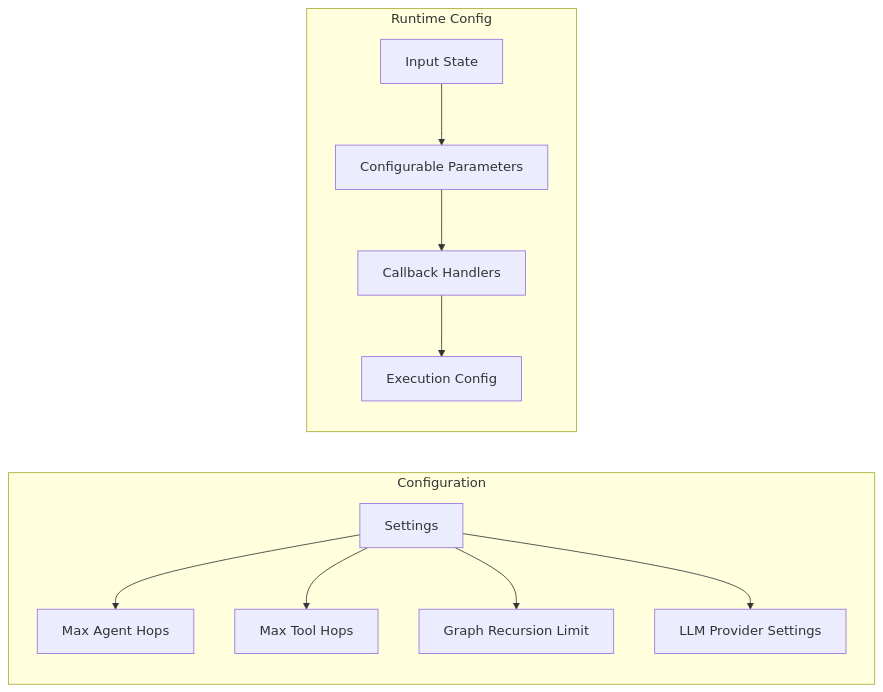
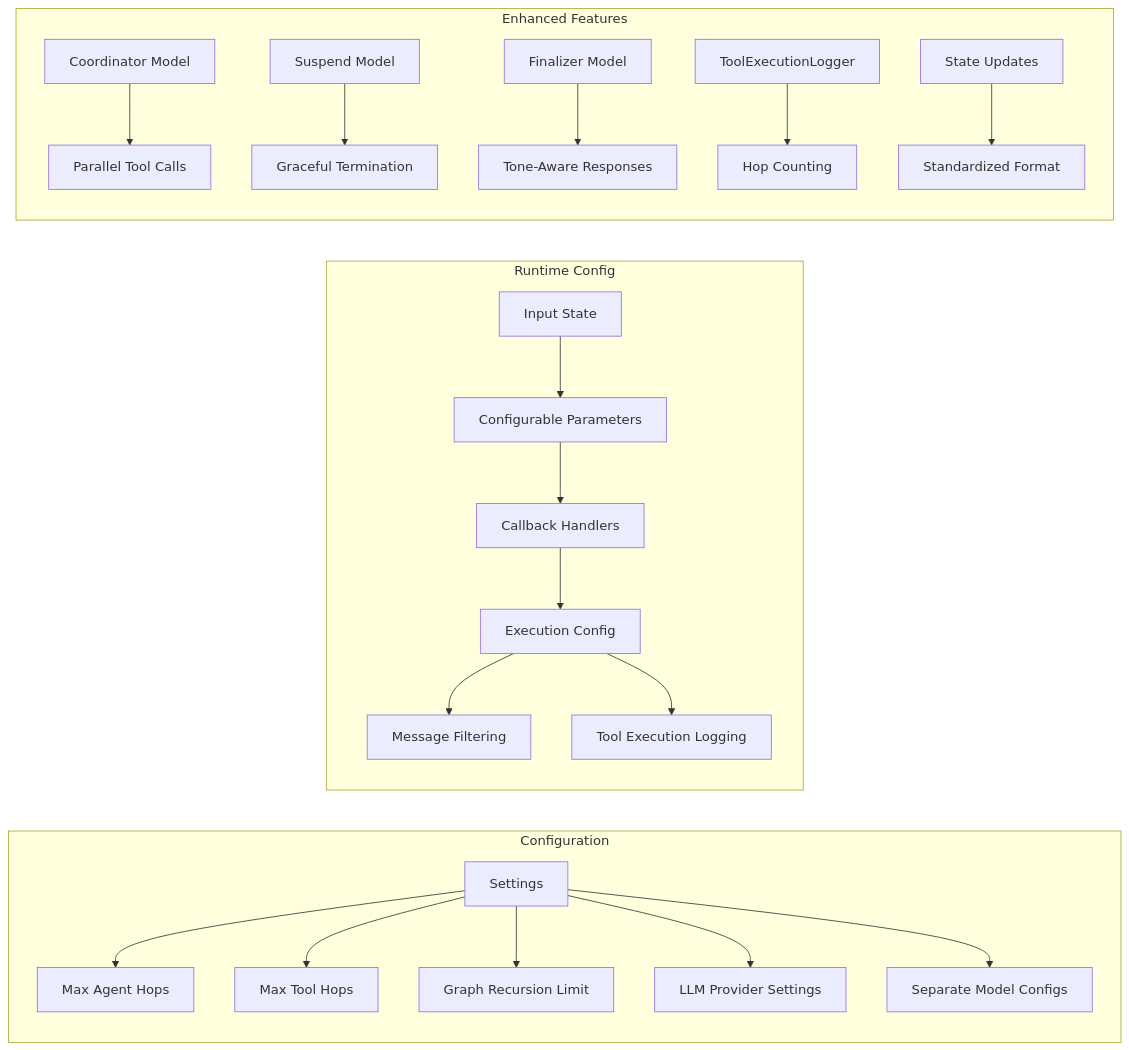
Diagram 19 of 19 in docs/concepts/langgraph-architecture.md (jonaskahn/cadence), drawn with Mermaid before and after one commit. The commit also changed other lines of this file and 37 other files, not shown here.

````diff
--- a/docs/concepts/langgraph-architecture.md
+++ b/docs/concepts/langgraph-architecture.md
@@ -799,15 +1075,26 @@
 ```mermaid
 graph LR
     subgraph "Configuration"
         A[Settings] --> B[Max Agent Hops]
         A --> C[Max Tool Hops]
         A --> D[Graph Recursion Limit]
         A --> E[LLM Provider Settings]
+        A --> F[Separate Model Configs]
     end
     
     subgraph "Runtime Config"
-        F[Input State] --> G[Configurable Parameters]
-        G --> H[Callback Handlers]
-        H --> I[Execution Config]
+        G[Input State] --> H[Configurable Parameters]
+        H --> I[Callback Handlers]
+        I --> J[Execution Config]
+        J --> K[Message Filtering]
+        J --> L[Tool Execution Logging]
+    end
+    
+    subgraph "Enhanced Features"
+        M[Coordinator Model] --> N[Parallel Tool Calls]
+        O[Suspend Model] --> P[Graceful Termination]
+        Q[Finalizer Model] --> R[Tone-Aware Responses]
+        S[ToolExecutionLogger] --> T[Hop Counting]
+        U[State Updates] --> V[Standardized Format]
     end
 ```
````
